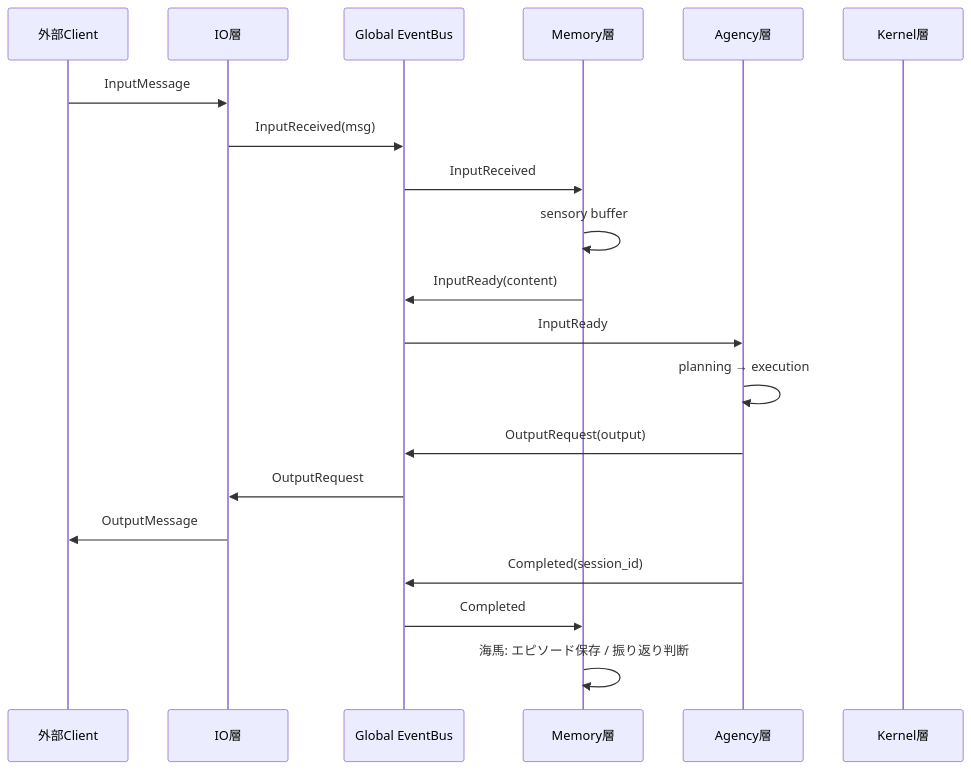
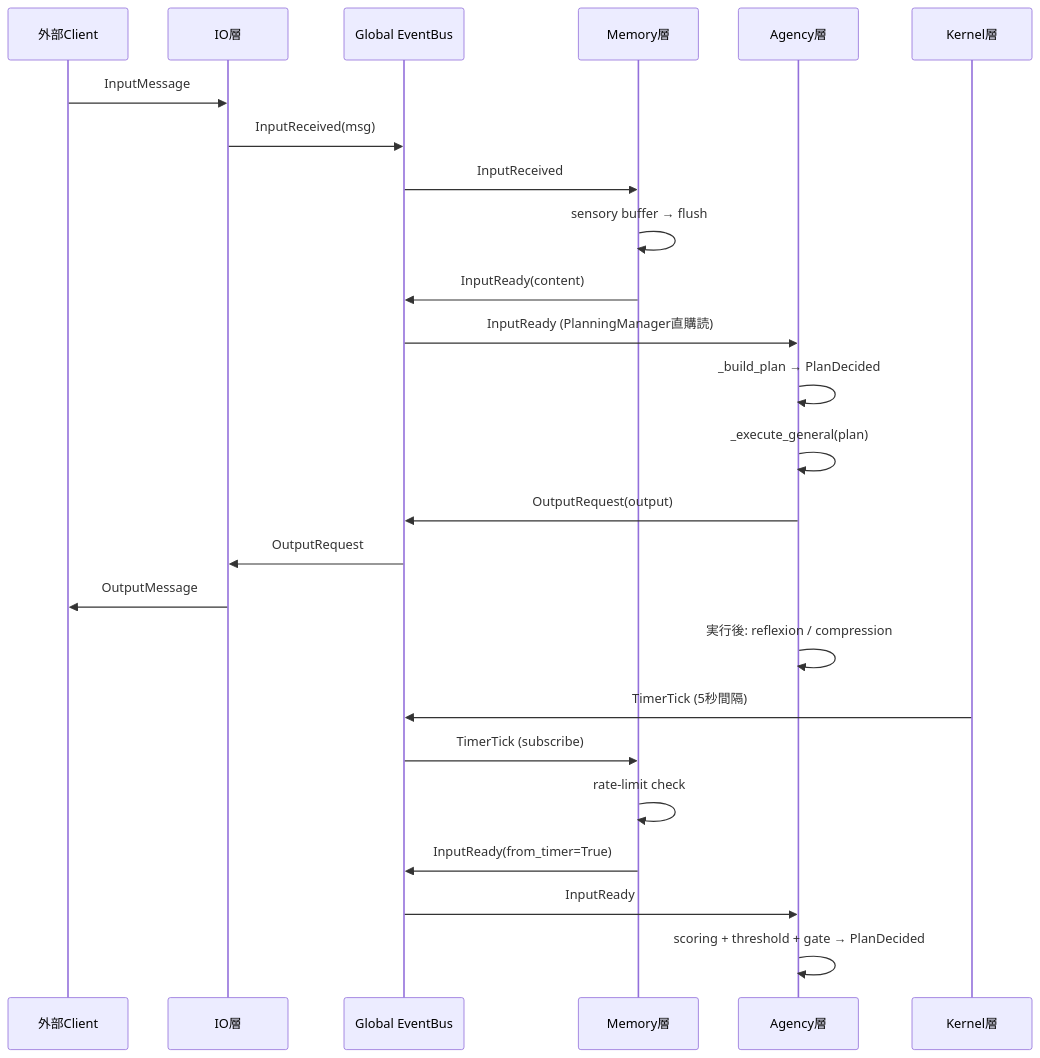
Before and after one commit to ibukani/iris-mind: the second of 4 diagrams in docs/architecture.md, drawn with Mermaid. The commit also changed other lines of this file and 3 other files, not shown here.

````diff
--- a/docs/architecture.md
+++ b/docs/architecture.md
@@ -68,23 +89,29 @@
 ```mermaid
 sequenceDiagram
     participant TCP as 外部Client
     participant IO as IO層
     participant EB as Global EventBus
     participant MEM as Memory層
     participant AG as Agency層
     participant KRN as Kernel層
 
     TCP->>IO: InputMessage
     IO->>EB: InputReceived(msg)
     EB->>MEM: InputReceived
-    MEM->>MEM: sensory buffer
+    MEM->>MEM: sensory buffer → flush
     MEM->>EB: InputReady(content)
-    EB->>AG: InputReady
-    AG->>AG: planning → execution
+    EB->>AG: InputReady (PlanningManager直購読)
+    AG->>AG: _build_plan → PlanDecided
+    AG->>AG: _execute_general(plan)
     AG->>EB: OutputRequest(output)
     EB->>IO: OutputRequest
     IO->>TCP: OutputMessage
-    AG->>EB: Completed(session_id)
-    EB->>MEM: Completed
-    MEM->>MEM: 海馬: エピソード保存 / 振り返り判断
+    AG->>AG: 実行後: reflexion / compression
+
+    KRN->>EB: TimerTick (5秒間隔)
+    EB->>MEM: TimerTick (subscribe)
+    MEM->>MEM: rate-limit check
+    MEM->>EB: InputReady(from_timer=True)
+    EB->>AG: InputReady
+    AG->>AG: scoring + threshold + gate → PlanDecided
 ```
````
